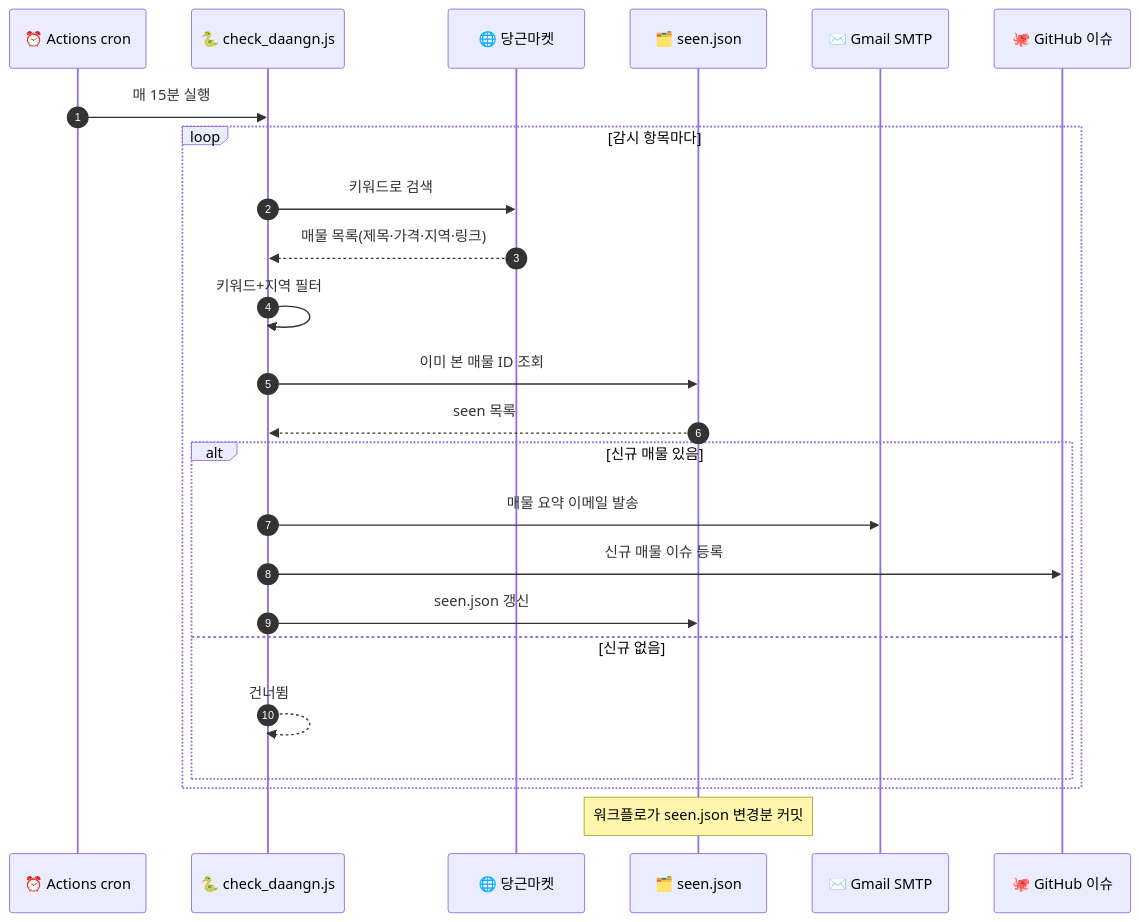
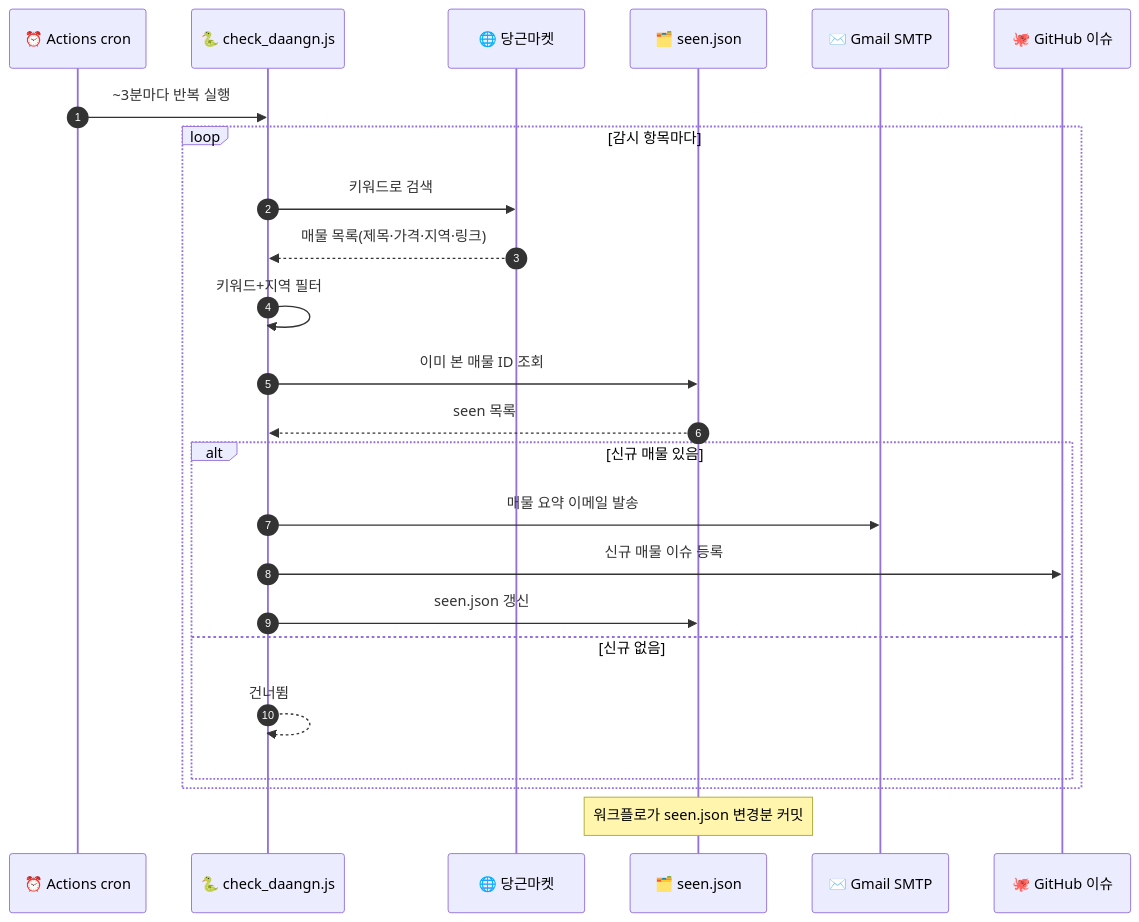
Before and after one commit to leemgs/carrot-market: the second of 3 diagrams in README.md, drawn with Mermaid. The commit also changed other lines of this file and 1 other file, not shown here.

````diff
--- a/README.md
+++ b/README.md
@@ -77,27 +77,27 @@
 ```mermaid
 sequenceDiagram
     autonumber
     participant CR as ⏰ Actions cron
     participant PP as 🐍 check_daangn.js
     participant DG as 🌐 당근마켓
     participant DB as 🗂️ seen.json
     participant ML as ✉️ Gmail SMTP
     participant GH as 🐙 GitHub 이슈
 
-    CR->>PP: 매 15분 실행
+    CR->>PP: ~3분마다 반복 실행
     loop 감시 항목마다
         PP->>DG: 키워드로 검색
         DG-->>PP: 매물 목록(제목·가격·지역·링크)
         PP->>PP: 키워드+지역 필터
         PP->>DB: 이미 본 매물 ID 조회
         DB-->>PP: seen 목록
         alt 신규 매물 있음
             PP->>ML: 매물 요약 이메일 발송
             PP->>GH: 신규 매물 이슈 등록
             PP->>DB: seen.json 갱신
         else 신규 없음
             PP-->>PP: 건너뜀
         end
     end
     Note over DB: 워크플로가 seen.json 변경분 커밋
 ```
````
